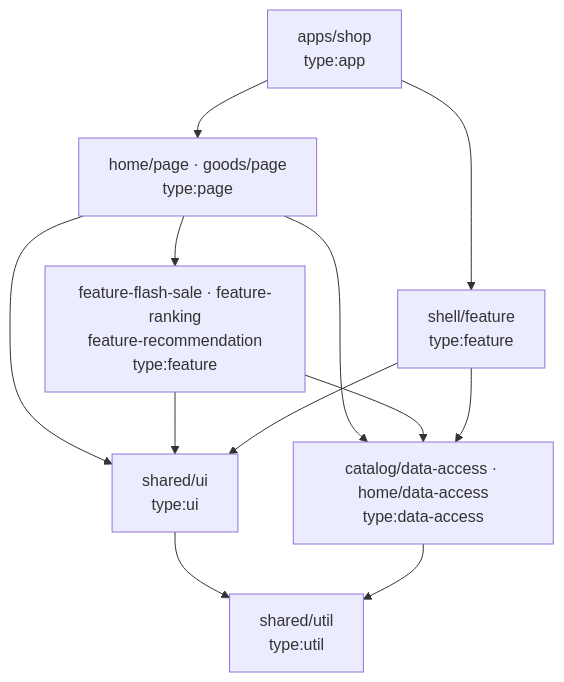
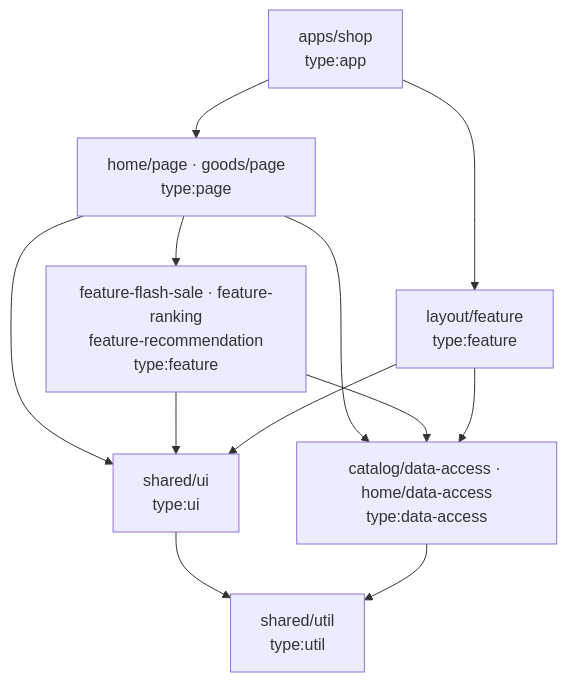
The diagram in docs/architecture.md (zach0627/momo-shop-work), drawn with Mermaid before and after one commit. The commit also changed other lines of this file and 23 other files, not shown here.

First line of the commit message:
refactor: rename the shell lib to layout

````diff
--- a/docs/architecture.md
+++ b/docs/architecture.md
@@ -30,14 +30,14 @@
 ```mermaid
 graph TD
   APP["apps/shop<br/>type:app"] --> PAGE["home/page · goods/page<br/>type:page"]
-  APP --> SHELL["shell/feature<br/>type:feature"]
+  APP --> LAYOUT["layout/feature<br/>type:feature"]
   PAGE --> FEAT["feature-flash-sale · feature-ranking<br/>feature-recommendation<br/>type:feature"]
   PAGE --> UI
   PAGE --> DA
   FEAT --> UI["shared/ui<br/>type:ui"]
   FEAT --> DA["catalog/data-access · home/data-access<br/>type:data-access"]
-  SHELL --> UI
-  SHELL --> DA
+  LAYOUT --> UI
+  LAYOUT --> DA
   UI --> UTIL["shared/util<br/>type:util"]
   DA --> UTIL
 ```
````
